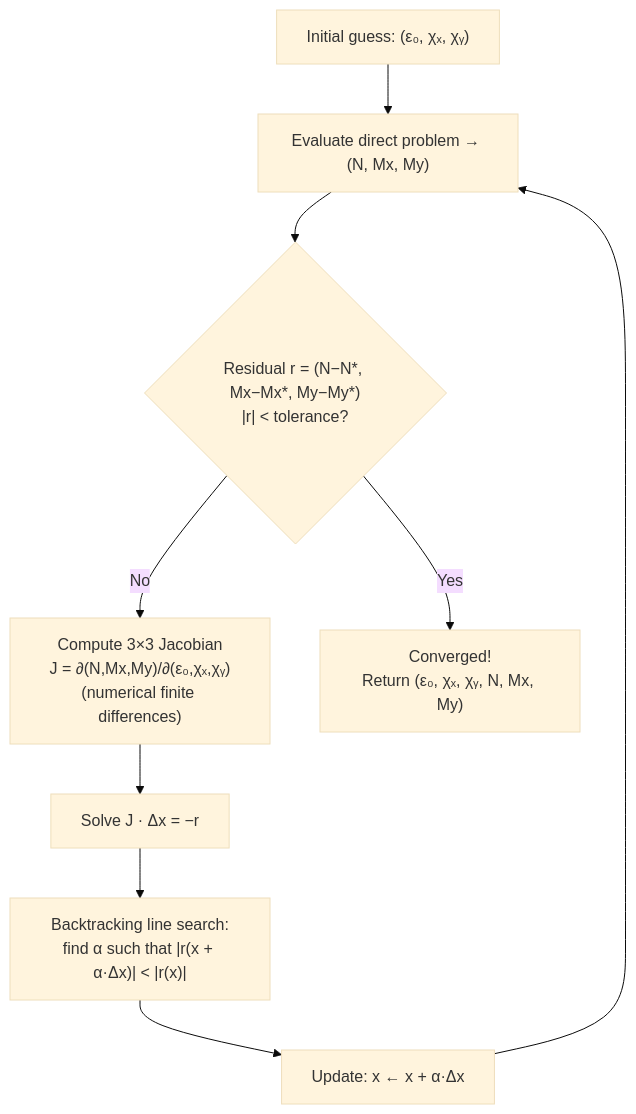
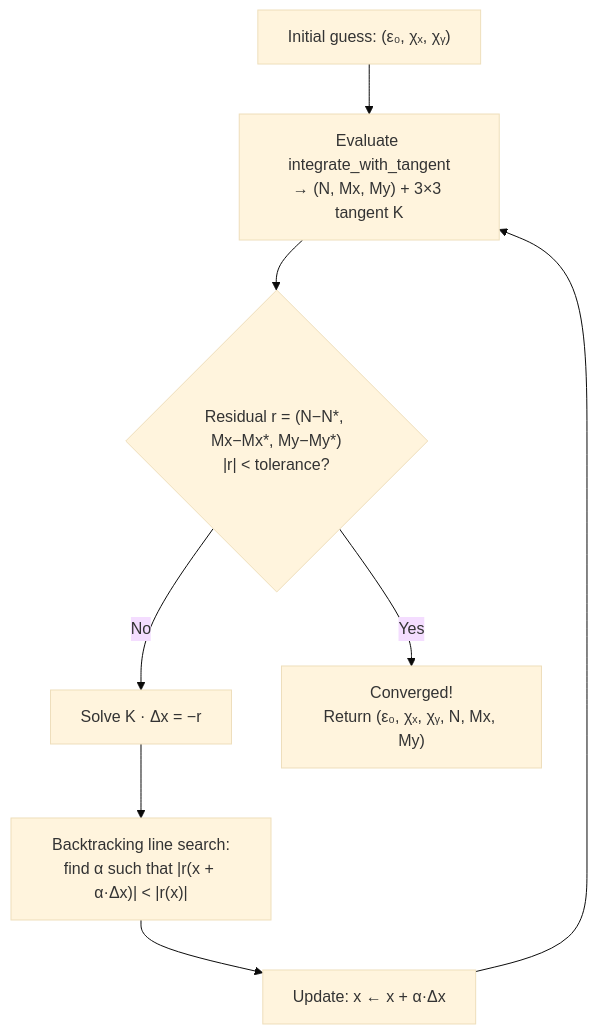
One commit to Jagtree/gensec changed the third of 9 diagrams in docs/architecture/architecture_solver.rst. Above: the diagram before and after it, drawn with Mermaid (base theme). The commit also changed other lines of this file and 24 other files, not shown here.

```diff
--- a/docs/architecture/architecture_solver.rst
+++ b/docs/architecture/architecture_solver.rst
@@ -92,15 +92,14 @@
 .. mermaid::
 
    flowchart TD
        A["Initial guess: (ε₀, χₓ, χᵧ)"]
-       B["Evaluate direct problem → (N, Mx, My)"]
+       B["Evaluate integrate_with_tangent<br/>→ (N, Mx, My) + 3×3 tangent K"]
        C{"Residual r = (N−N*, Mx−Mx*, My−My*)<br/>|r| < tolerance?"}
-       D["Compute 3×3 Jacobian<br/>J = ∂(N,Mx,My)/∂(ε₀,χₓ,χᵧ)<br/>(numerical finite differences)"]
-       E["Solve J · Δx = −r"]
+       E["Solve K · Δx = −r"]
        F["Backtracking line search:<br/>find α such that |r(x + α·Δx)| < |r(x)|"]
        G["Update: x ← x + α·Δx"]
        H["Converged!<br/>Return (ε₀, χₓ, χᵧ, N, Mx, My)"]
 
        A --> B --> C
-       C -- No --> D --> E --> F --> G --> B
+       C -- No --> E --> F --> G --> B
        C -- Yes --> H
```
